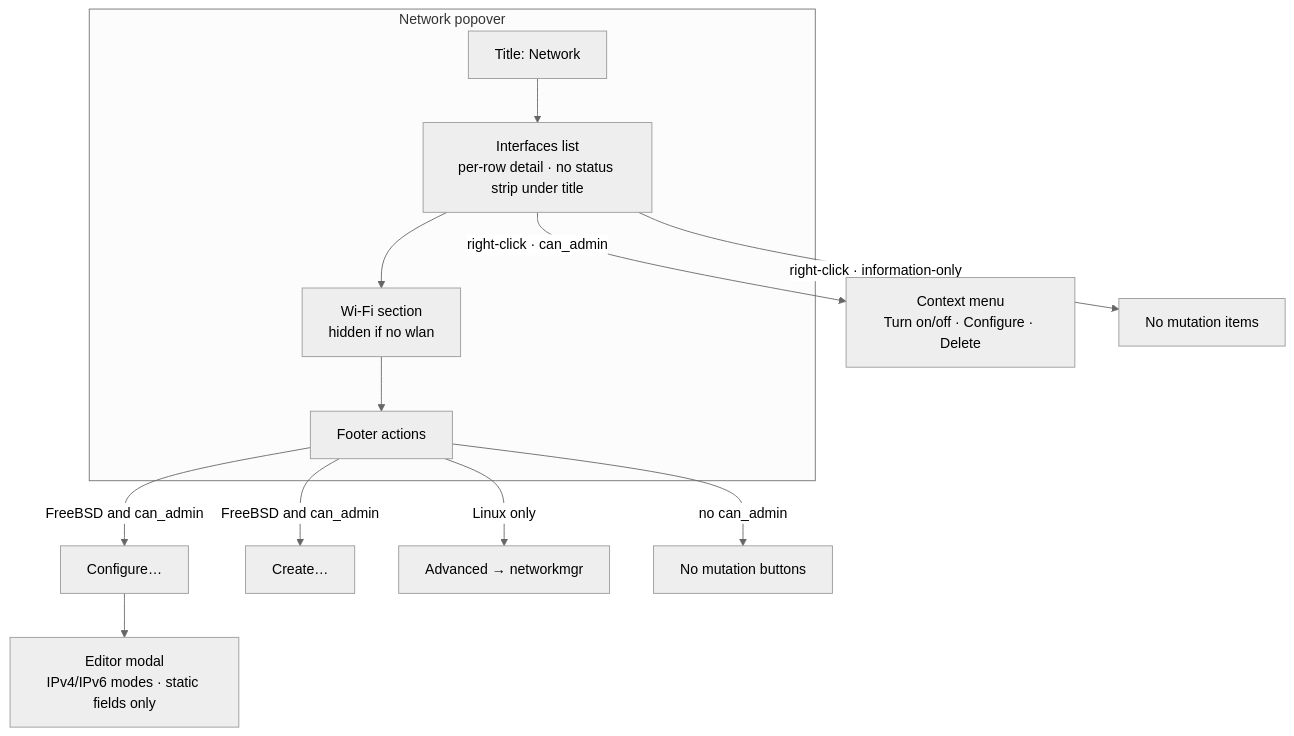
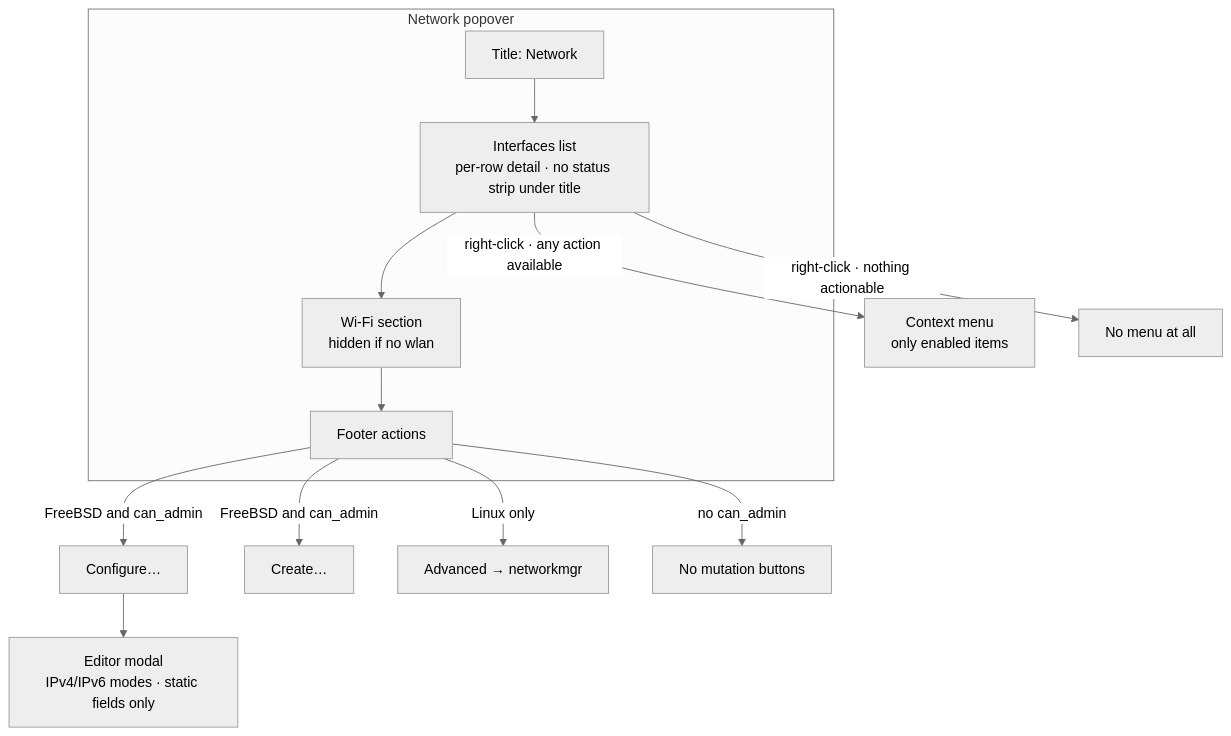
The sixth of 6 diagrams in docs/network-control/PLAN.md (revytechinc/wf-shell), drawn with Mermaid (neutral theme) before and after one commit. The commit also changed 2 other files, not shown here.

Commit message:
network: omit right-click menu when no actions are available
Do not open an empty or all-disabled context menu (information-only).
Only list items the user can actually use (toggle, configure, delete).

````diff
--- a/docs/network-control/PLAN.md
+++ b/docs/network-control/PLAN.md
@@ -367,19 +367,19 @@
 ```mermaid
 flowchart TB
   subgraph pop [Network popover]
     H[Title: Network]
     I[Interfaces list<br/>per-row detail · no status strip under title]
     W[Wi-Fi section<br/>hidden if no wlan]
     F[Footer actions]
     H --> I --> W --> F
   end
 
   F -->|FreeBSD and can_admin| CFG[Configure…]
   F -->|FreeBSD and can_admin| CR[Create…]
   F -->|Linux only| ADV[Advanced → networkmgr]
   F -->|no can_admin| NONE[No mutation buttons]
 
   CFG --> M[Editor modal<br/>IPv4/IPv6 modes · static fields only]
-  I -->|right-click · can_admin| CTX[Context menu<br/>Turn on/off · Configure · Delete]
-  I -->|right-click · information-only| RO[No mutation items]
+  I -->|right-click · any action available| CTX[Context menu<br/>only enabled items]
+  I -->|right-click · nothing actionable| RO[No menu at all]
 ```
````
